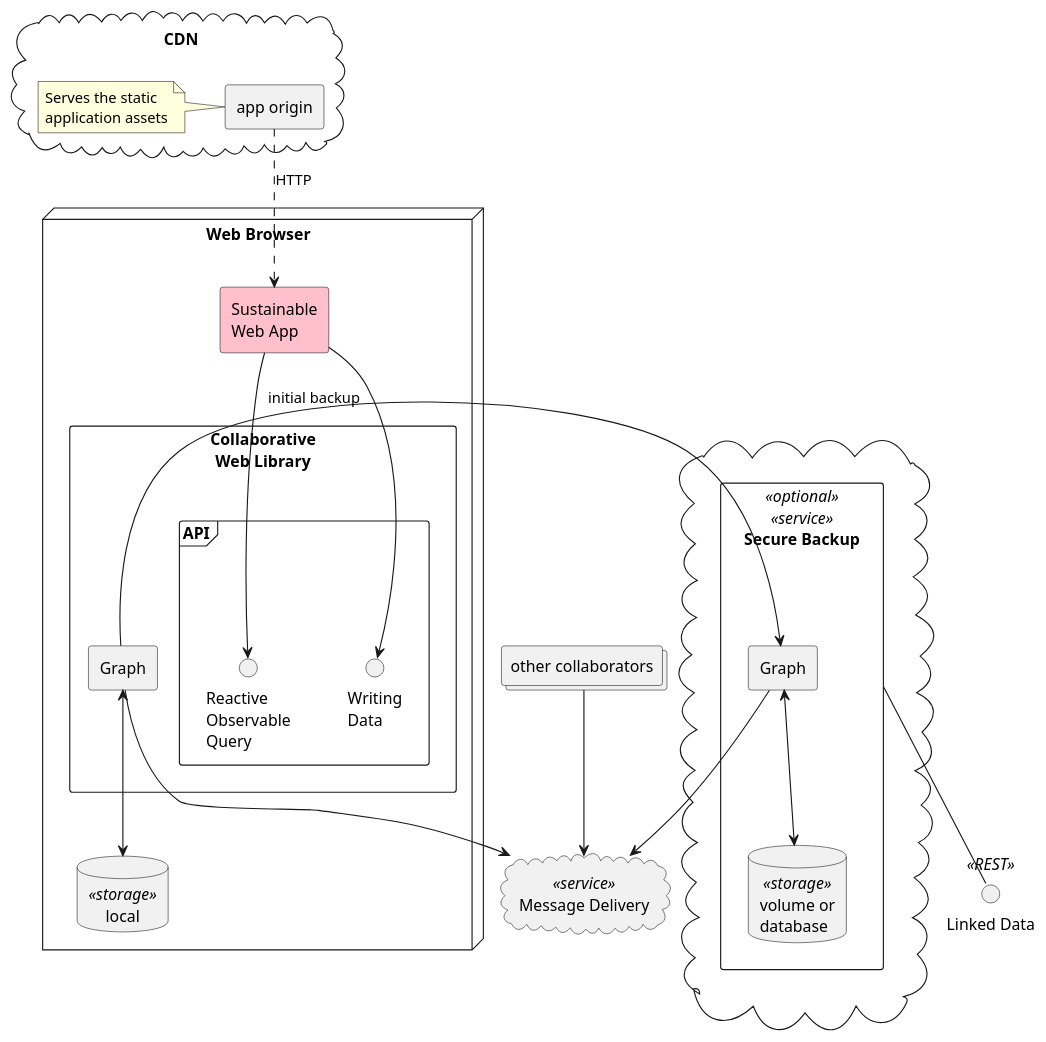
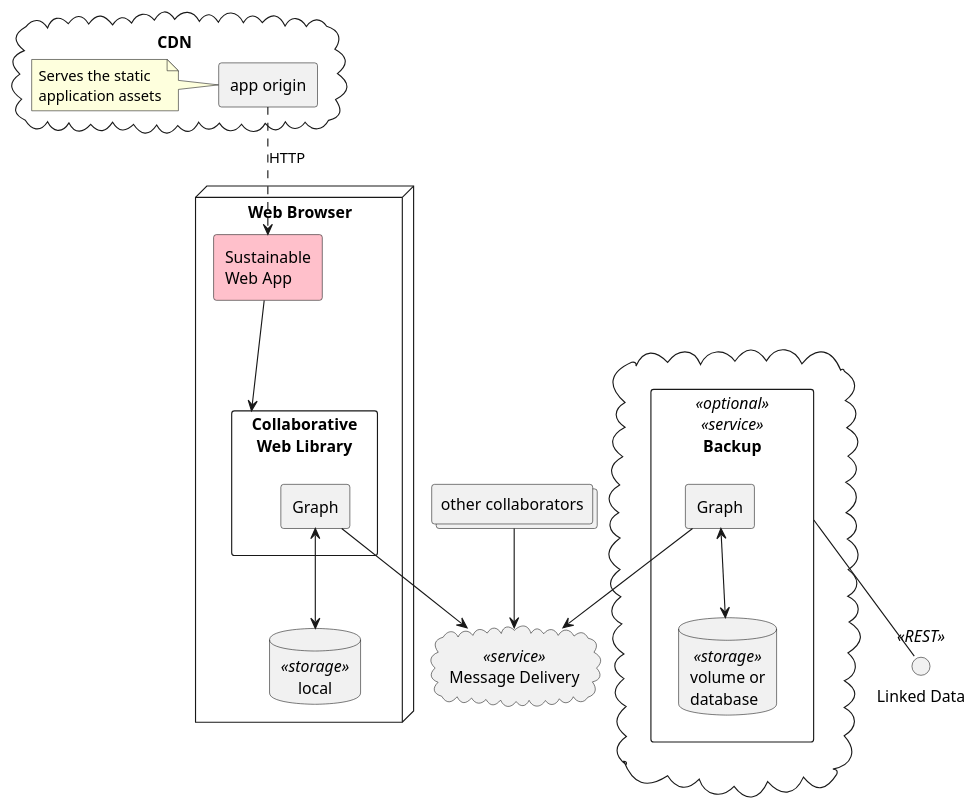
One commit to m-ld/sustainable-web-apps changed the diagram in spec/design/architecture.component.puml. Above: the diagram before and after it, drawn with PlantUML. The commit also changed 12 other files, not shown here.

```diff
--- a/spec/design/architecture.component.puml
+++ b/spec/design/architecture.component.puml
@@ -1,54 +1,47 @@
 @startuml
 'https://plantuml.com/component-diagram
 skinparam componentStyle rectangle
 
 node "Web Browser" {
   component "Sustainable\nWeb App" as app #pink
   component "Collaborative\nWeb Library" as cwl {
     [Graph]
-    frame API {
-      interface "Reactive\nObservable\nQuery" as query
-      interface "Writing\nData" as data
-    }
   }
 
   database local <<storage>>
 
   Graph <--> local
 
-  app --> query
-  app --> data
+  app --> cwl
 }
 
 cloud CDN {
   [app origin] as origin
   note left
     Serves the static
     application assets
   end note
 }
 
 cloud "Message Delivery" as messaging <<service>>
 
 interface "Linked Data" as dapi <<REST>>
 
 cloud {
-  component "Secure Backup" as backup <<optional>> <<service>> {
+  component "Backup" as backup <<optional>> <<service>> {
     component "Graph" as gwGraph
     database "volume or\ndatabase" <<storage>> as gwDb
     gwGraph <--> gwDb
   }
   backup -- dapi
 }
 
 collections "other collaborators" as others
 
 Graph --> messaging
 gwGraph --> messaging
 others --> messaging
 
-Graph -> gwGraph : initial backup
-
 origin ..> app: HTTP
 
 @enduml
```
